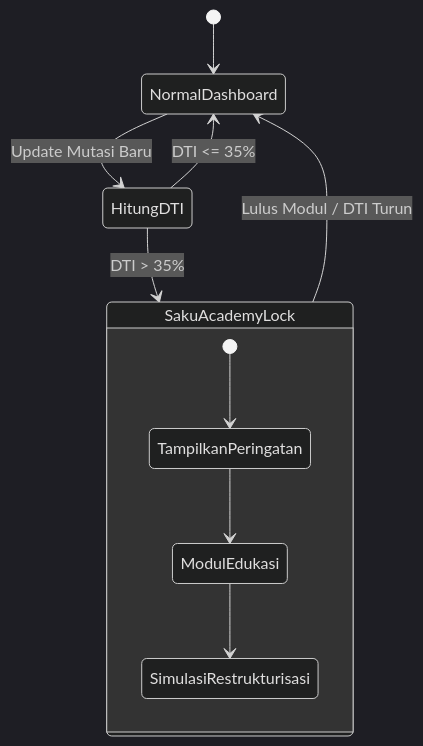
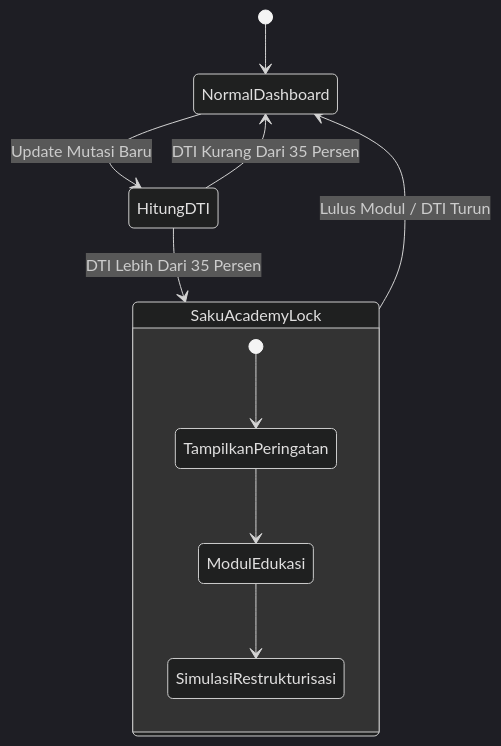
Before and after one commit to kazanaruishere-max/SafeWallet: the fourth of 12 diagrams in README.md, drawn with Mermaid (dark theme). The commit also changed other lines of this file and 1 other file, not shown here.

Commit message:
fix: resolve Mermaid syntax causing Unable to render rich display on GitHub

````diff
--- a/README.md
+++ b/README.md
@@ -134,15 +134,15 @@
 ```mermaid
 stateDiagram-v2
     [*] --> NormalDashboard
     NormalDashboard --> HitungDTI: Update Mutasi Baru
-    HitungDTI --> SakuAcademyLock: DTI > 35%
-    HitungDTI --> NormalDashboard: DTI <= 35%
+    HitungDTI --> SakuAcademyLock: DTI Lebih Dari 35 Persen
+    HitungDTI --> NormalDashboard: DTI Kurang Dari 35 Persen
     
     state SakuAcademyLock {
         [*] --> TampilkanPeringatan
         TampilkanPeringatan --> ModulEdukasi
         ModulEdukasi --> SimulasiRestrukturisasi
     }
     
     SakuAcademyLock --> NormalDashboard: Lulus Modul / DTI Turun
 ```
````
